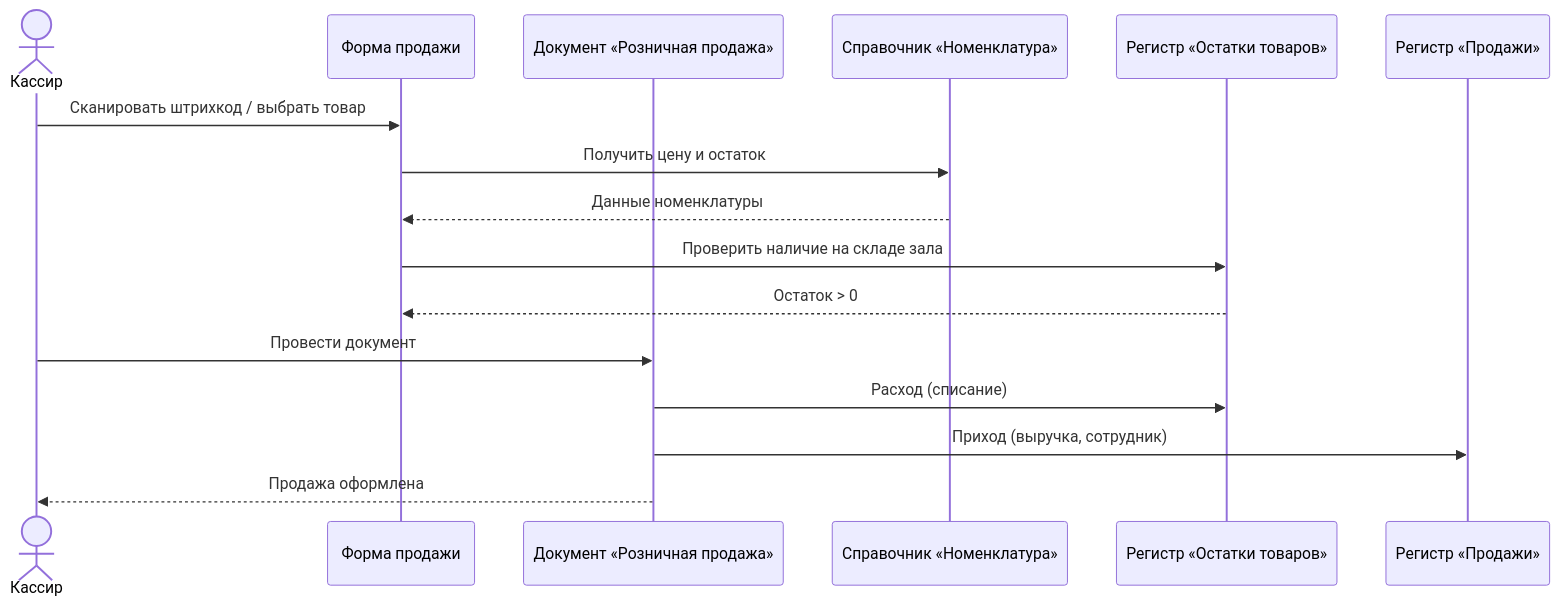
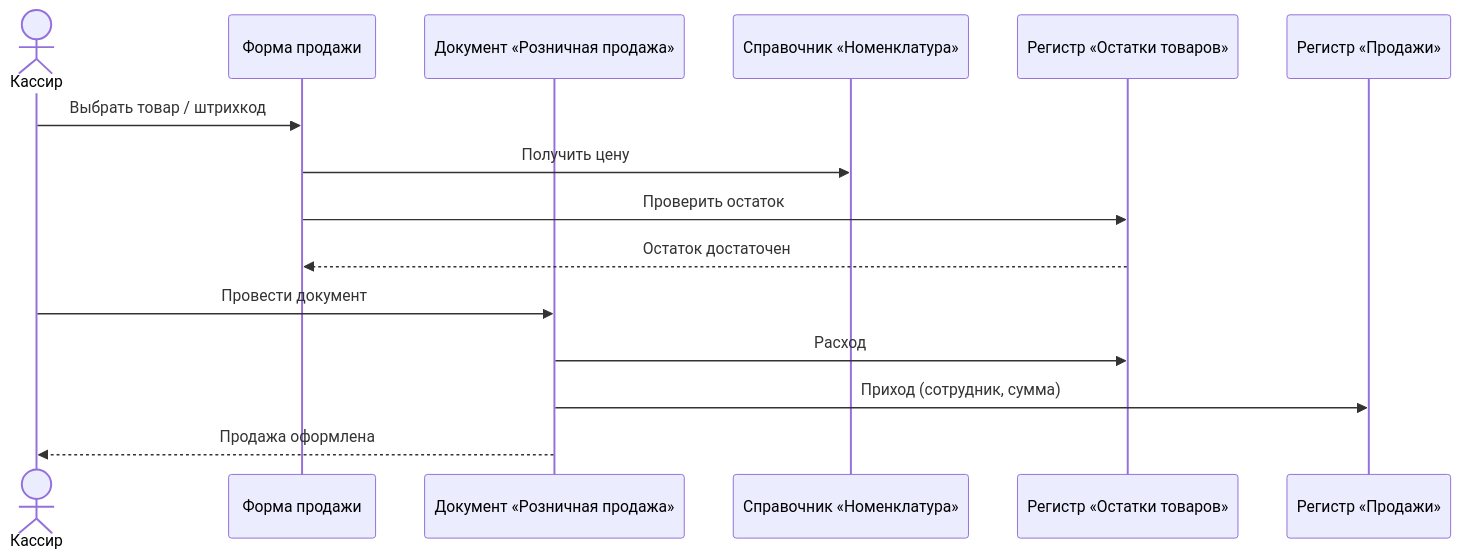
Before and after one commit to mlyapinking/RepositoryGit: the second of 6 diagrams in kursovaya-magazin-odezhdy-ishin.md, drawn with Mermaid. The commit also changed other lines of this file, not shown here.

````diff
--- a/kursovaya-magazin-odezhdy-ishin.md
+++ b/kursovaya-magazin-odezhdy-ishin.md
@@ -204,19 +229,18 @@
 ```mermaid
 sequenceDiagram
     actor Кассир
     participant Форма as Форма продажи
     participant Док as Документ «Розничная продажа»
     participant Ном as Справочник «Номенклатура»
     participant РегОст as Регистр «Остатки товаров»
     participant РегПрод as Регистр «Продажи»
 
-    Кассир->>Форма: Сканировать штрихкод / выбрать товар
-    Форма->>Ном: Получить цену и остаток
-    Ном-->>Форма: Данные номенклатуры
-    Форма->>РегОст: Проверить наличие на складе зала
-    РегОст-->>Форма: Остаток > 0
+    Кассир->>Форма: Выбрать товар / штрихкод
+    Форма->>Ном: Получить цену
+    Форма->>РегОст: Проверить остаток
+    РегОст-->>Форма: Остаток достаточен
     Кассир->>Док: Провести документ
-    Док->>РегОст: Расход (списание)
-    Док->>РегПрод: Приход (выручка, сотрудник)
+    Док->>РегОст: Расход
+    Док->>РегПрод: Приход (сотрудник, сумма)
     Док-->>Кассир: Продажа оформлена
 ```
````
